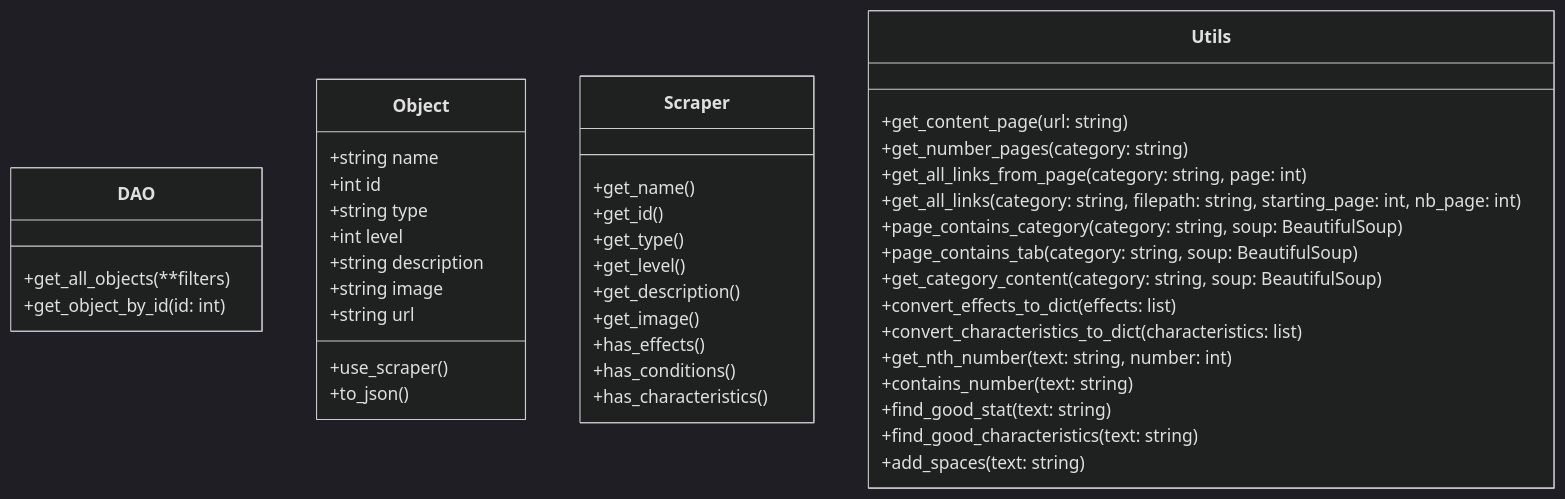
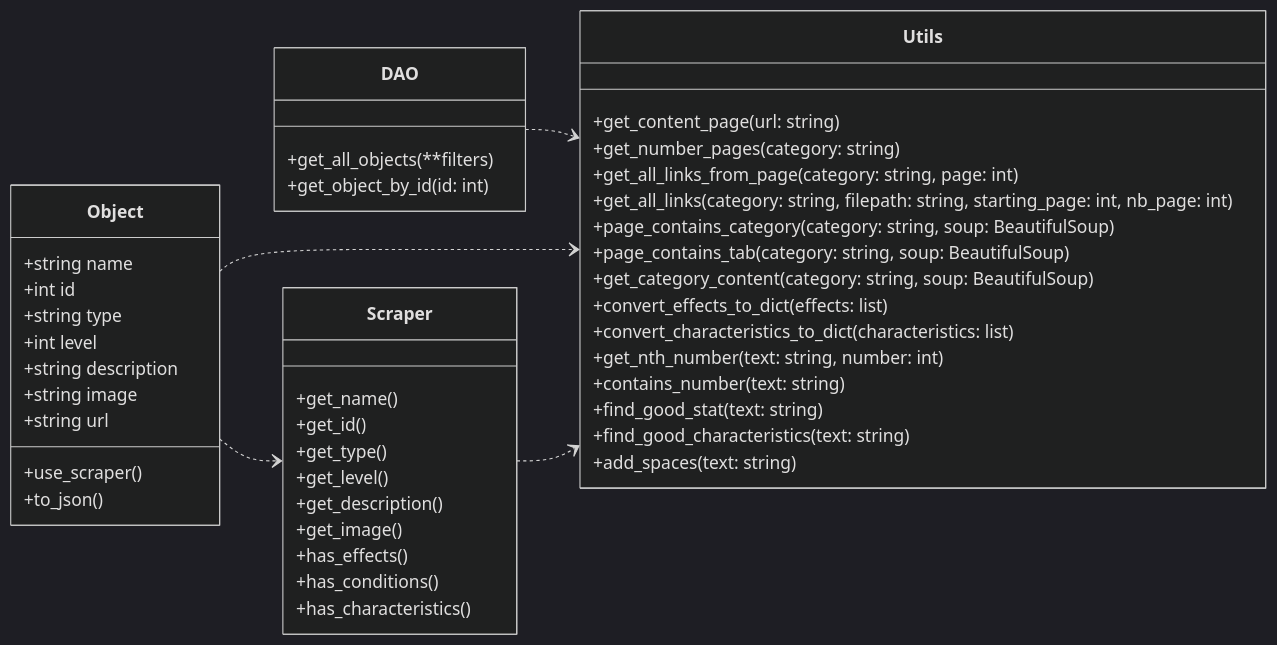
One commit to APBaluchon/dofus_api changed the third of 3 diagrams in readme.md. Above: the diagram before and after it, drawn with Mermaid (dark theme). The commit also changed other lines of this file, not shown here.

Commit message:
update class diagram

````diff
--- a/readme.md
+++ b/readme.md
@@ -127,46 +127,51 @@
 ```mermaid
 classDiagram
+    direction LR
+    DAO ..> Utils
+    Object ..> Utils
+    Scraper ..> Utils
+    Object ..> Scraper
     class DAO{
         +get_all_objects(**filters)
         +get_object_by_id(id: int)
     }
     class Object{
         +string name
         +int id
         +string type
         +int level
         +string description
         +string image
         +string url
         +use_scraper()
         +to_json()
     }
     class Scraper{
         +get_name()
         +get_id()
         +get_type()
         +get_level()
         +get_description()
         +get_image()
         +has_effects()
         +has_conditions()
         +has_characteristics()
     }
     class Utils{
         +get_content_page(url: string)
         +get_number_pages(category: string)
         +get_all_links_from_page(category: string, page: int)
         +get_all_links(category: string, filepath: string, starting_page: int, nb_page: int)
         +page_contains_category(category: string, soup: BeautifulSoup)
         +page_contains_tab(category: string, soup: BeautifulSoup)
         +get_category_content(category: string, soup: BeautifulSoup)
         +convert_effects_to_dict(effects: list)
         +convert_characteristics_to_dict(characteristics: list)
         +get_nth_number(text: string, number: int)
         +contains_number(text: string)
         +find_good_stat(text: string)
         +find_good_characteristics(text: string)
         +add_spaces(text: string)
     }
 
 ```
````
